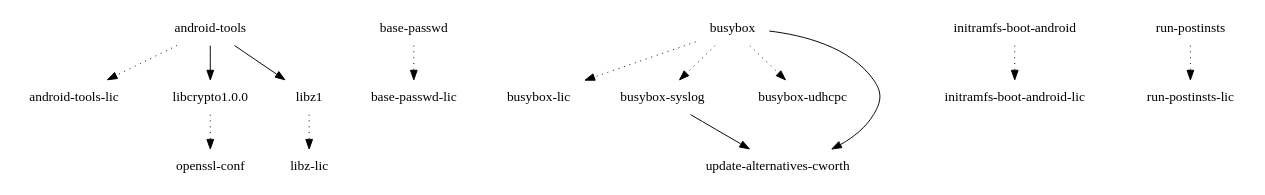
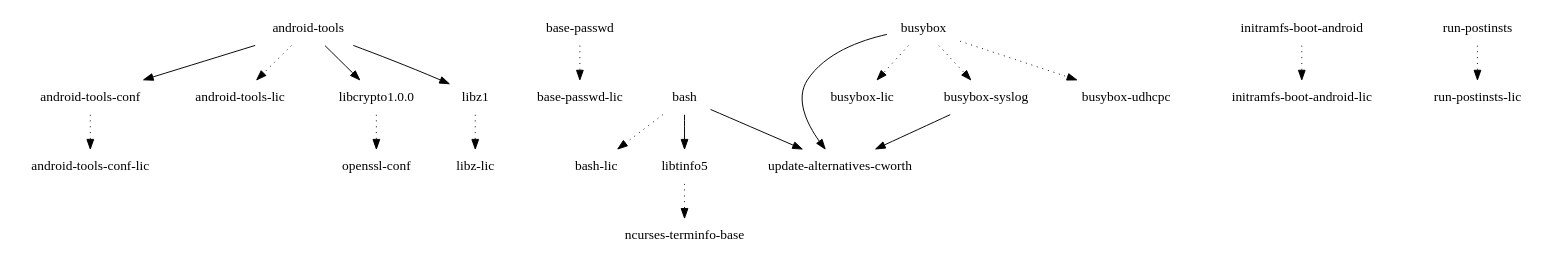
One commit to webOS-ports/buildhistory changed the diagram in images/grouper/eglibc/initramfs-android-image/depends-nokernel-nolibc.dot. Above: the diagram before and after it, drawn with Graphviz. The commit also changed 10 other files, not shown here.

```diff
--- a/images/grouper/eglibc/initramfs-android-image/depends-nokernel-nolibc.dot
+++ b/images/grouper/eglibc/initramfs-android-image/depends-nokernel-nolibc.dot
@@ -1,16 +1,22 @@
 digraph depends {
     node [shape=plaintext]
+"android-tools" -> "android-tools-conf";
 "android-tools" -> "android-tools-lic" [style=dotted];
 "android-tools" -> "libcrypto1.0.0";
 "android-tools" -> "libz1";
+"android-tools-conf" -> "android-tools-conf-lic" [style=dotted];
 "base-passwd" -> "base-passwd-lic" [style=dotted];
+"bash" -> "bash-lic" [style=dotted];
+"bash" -> "libtinfo5";
+"bash" -> "update-alternatives-cworth";
 "busybox" -> "busybox-lic" [style=dotted];
 "busybox" -> "busybox-syslog" [style=dotted];
 "busybox" -> "busybox-udhcpc" [style=dotted];
 "busybox" -> "update-alternatives-cworth";
 "busybox-syslog" -> "update-alternatives-cworth";
 "initramfs-boot-android" -> "initramfs-boot-android-lic" [style=dotted];
 "libcrypto1.0.0" -> "openssl-conf" [style=dotted];
+"libtinfo5" -> "ncurses-terminfo-base" [style=dotted];
 "libz1" -> "libz-lic" [style=dotted];
 "run-postinsts" -> "run-postinsts-lic" [style=dotted];
 }
```
